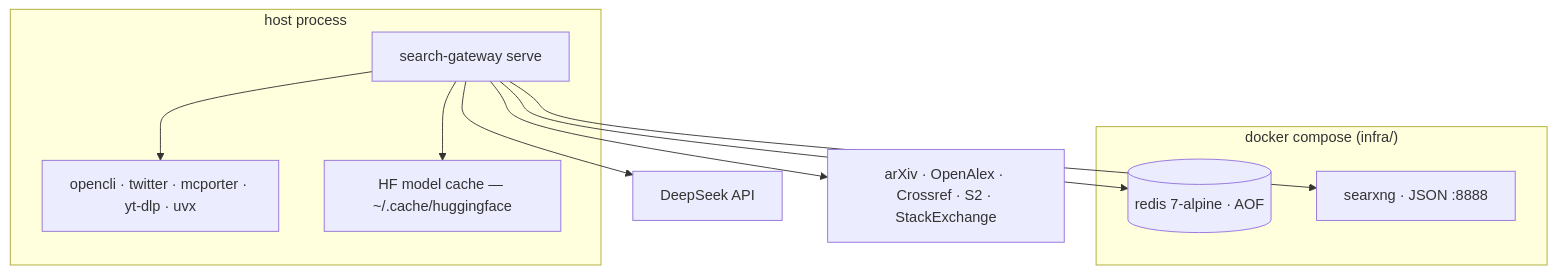
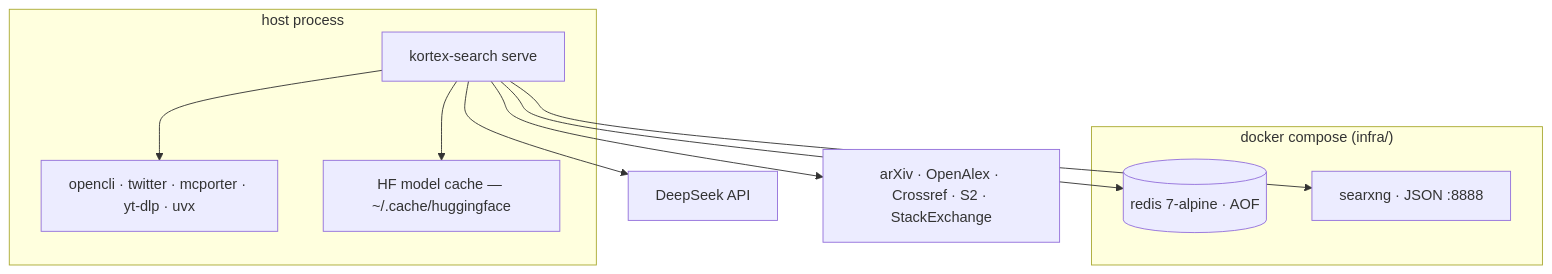
Before and after one commit to kbjama8/search-gateway: the first of 3 diagrams in docs/deployment.md, drawn with Mermaid. The commit also changed other lines of this file and 26 other files, not shown here.

First line of the commit message:
Rename docs and in-repo skills to Kortex Search

````diff
--- a/docs/deployment.md
+++ b/docs/deployment.md
@@ -9,20 +9,20 @@
 ```mermaid
 flowchart TB
     subgraph Host["host process"]
-        GW["search-gateway serve"]
+        GW["kortex-search serve"]
         CLI["opencli · twitter · mcporter · yt-dlp · uvx"]
         MOD["HF model cache — ~/.cache/huggingface"]
     end
     subgraph Docker["docker compose (infra/)"]
         RD[("redis 7-alpine · AOF")]
         SX["searxng · JSON :8888"]
     end
     DS["DeepSeek API"]
     AC["arXiv · OpenAlex · Crossref · S2 · StackExchange"]
     GW --> RD
     GW --> SX
     GW --> CLI
     GW --> MOD
     GW --> DS
     GW --> AC
 ```
````
